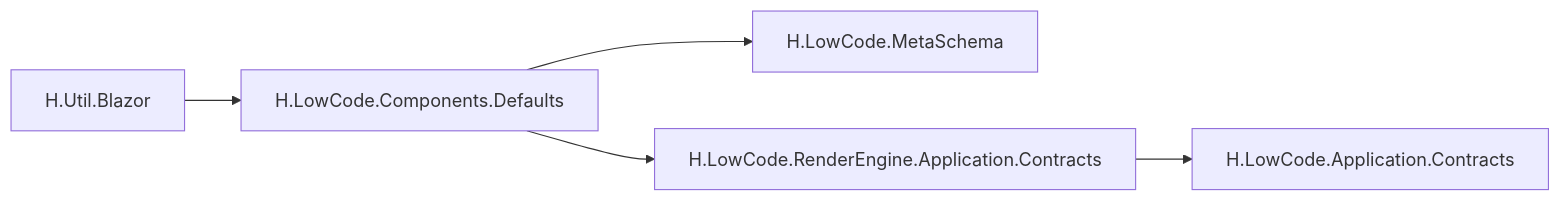
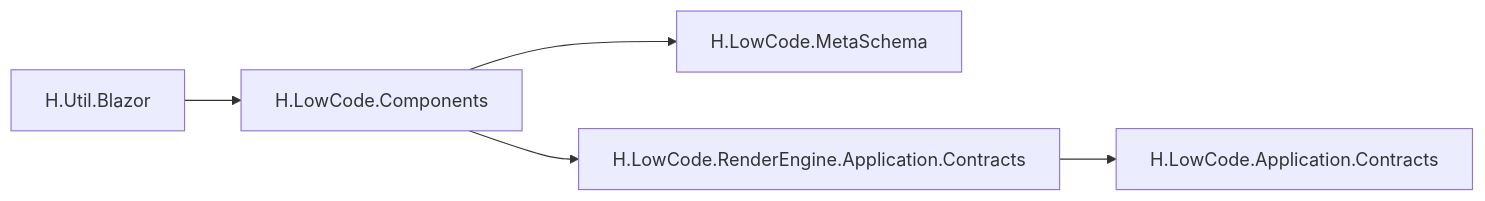
Before and after one commit to openlowcodelab/lowcode: the fourth of 4 diagrams in .qoder/repowiki/zh/content/低代码引擎/组件系统/默认组件库/展示组件.md, drawn with Mermaid. The commit also changed other lines of this file and 90 other files, not shown here.

Commit message:
[LowCode] 组件库重命名

````diff
--- a/.qoder/repowiki/zh/content/低代码引擎/组件系统/默认组件库/展示组件.md
+++ b/.qoder/repowiki/zh/content/低代码引擎/组件系统/默认组件库/展示组件.md
@@ -226,7 +226,7 @@
 ```mermaid
 graph LR
-Defaults["H.LowCode.Components.Defaults"] --> MetaSchema["H.LowCode.MetaSchema"]
+Defaults["H.LowCode.Components"] --> MetaSchema["H.LowCode.MetaSchema"]
 Defaults --> Contracts["H.LowCode.RenderEngine.Application.Contracts"]
 Contracts --> AppContracts["H.LowCode.Application.Contracts"]
 Utils["H.Util.Blazor"] --> Defaults
 ```
````
